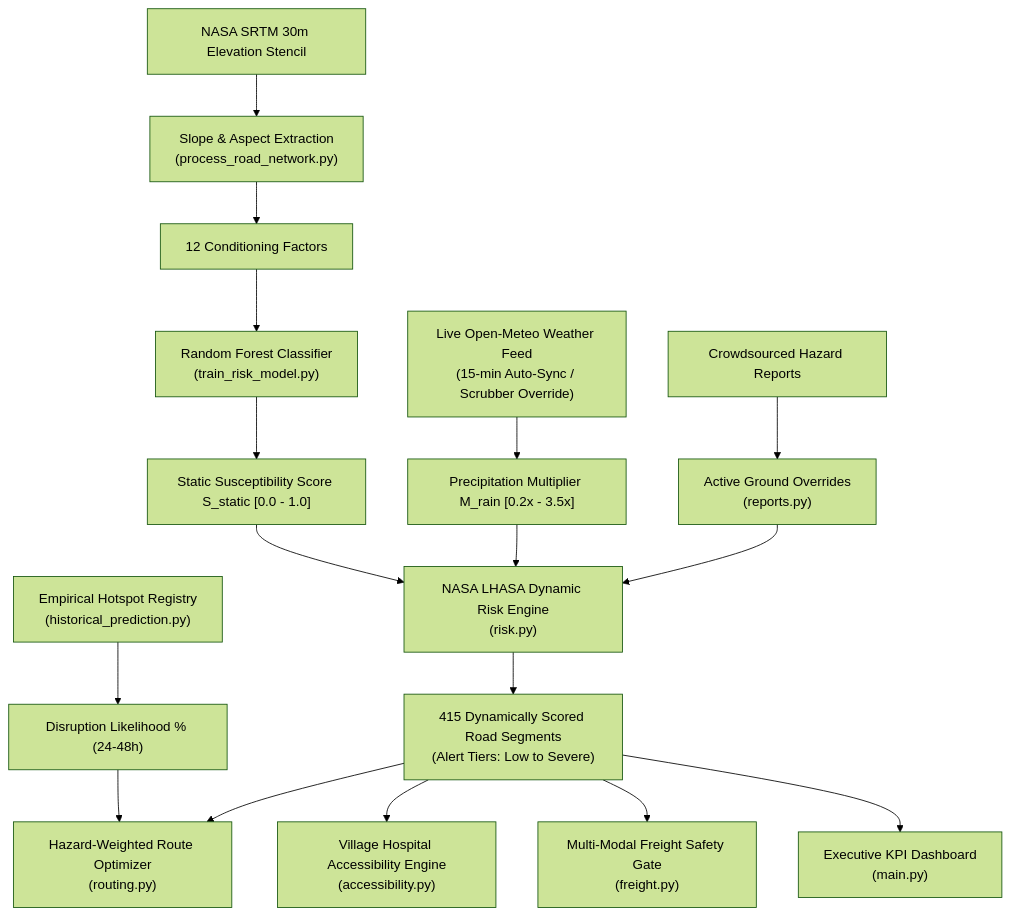
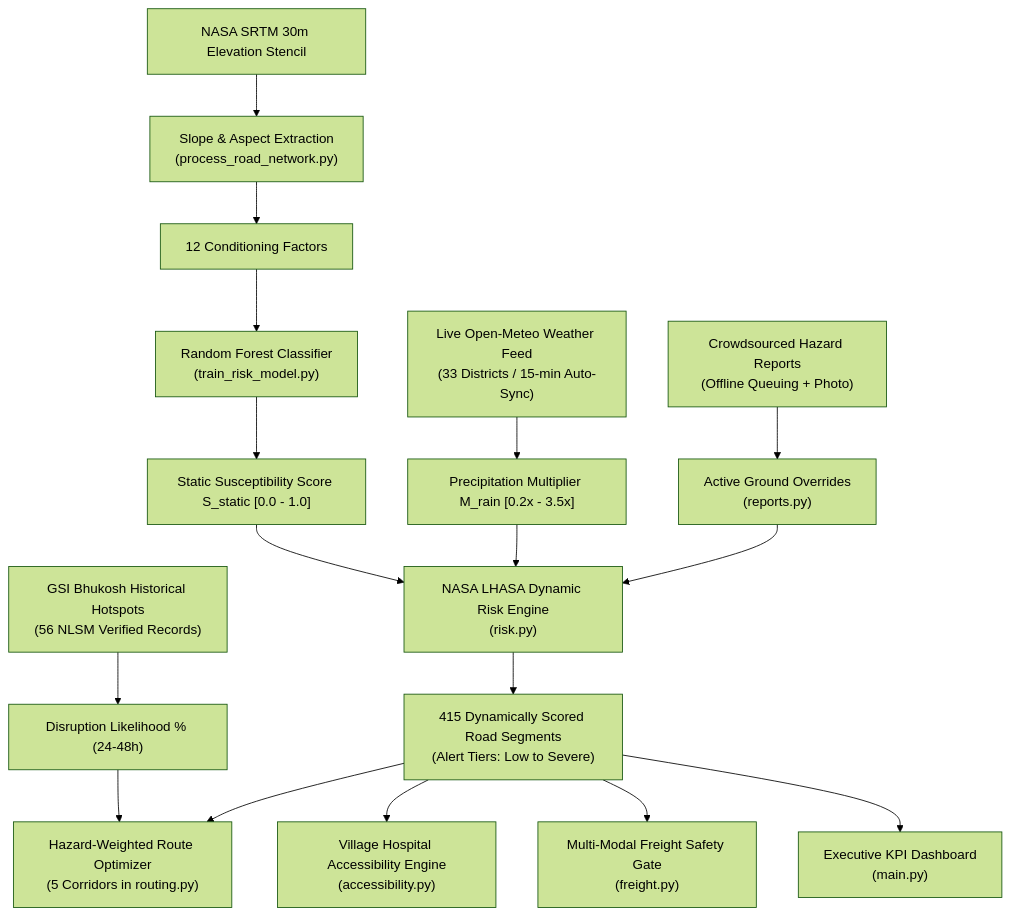
Before and after one commit to Deeppatil-AI/SETUMARG: the diagram in SETUMARG_COMPLETE_GUIDE.md, drawn with Mermaid (forest theme). The commit also changed other lines of this file and 3 other files, not shown here.

````diff
--- a/SETUMARG_COMPLETE_GUIDE.md
+++ b/SETUMARG_COMPLETE_GUIDE.md
@@ -23,19 +43,19 @@
 ```mermaid
 graph TD
     A["NASA SRTM 30m Elevation Stencil"] --> B["Slope & Aspect Extraction\n(process_road_network.py)"]
     B --> C["12 Conditioning Factors"]
     C --> D["Random Forest Classifier\n(train_risk_model.py)"]
     D --> E["Static Susceptibility Score S_static [0.0 - 1.0]"]
-    F["Live Open-Meteo Weather Feed\n(15-min Auto-Sync / Scrubber Override)"] --> G["Precipitation Multiplier M_rain [0.2x - 3.5x]"]
-    H["Crowdsourced Hazard Reports"] --> I["Active Ground Overrides\n(reports.py)"]
-    P["Empirical Hotspot Registry\n(historical_prediction.py)"] --> Q["Disruption Likelihood % (24-48h)"]
+    F["Live Open-Meteo Weather Feed\n(33 Districts / 15-min Auto-Sync)"] --> G["Precipitation Multiplier M_rain [0.2x - 3.5x]"]
+    H["Crowdsourced Hazard Reports\n(Offline Queuing + Photo)"] --> I["Active Ground Overrides\n(reports.py)"]
+    P["GSI Bhukosh Historical Hotspots\n(56 NLSM Verified Records)"] --> Q["Disruption Likelihood % (24-48h)"]
     E --> J["NASA LHASA Dynamic Risk Engine\n(risk.py)"]
     G --> J
     I --> J
     J --> K["415 Dynamically Scored Road Segments\n(Alert Tiers: Low to Severe)"]
-    K --> L["Hazard-Weighted Route Optimizer\n(routing.py)"]
+    K --> L["Hazard-Weighted Route Optimizer\n(5 Corridors in routing.py)"]
     Q --> L
     K --> M["Village Hospital Accessibility Engine\n(accessibility.py)"]
     K --> N["Multi-Modal Freight Safety Gate\n(freight.py)"]
     K --> O["Executive KPI Dashboard\n(main.py)"]
 ```
````
